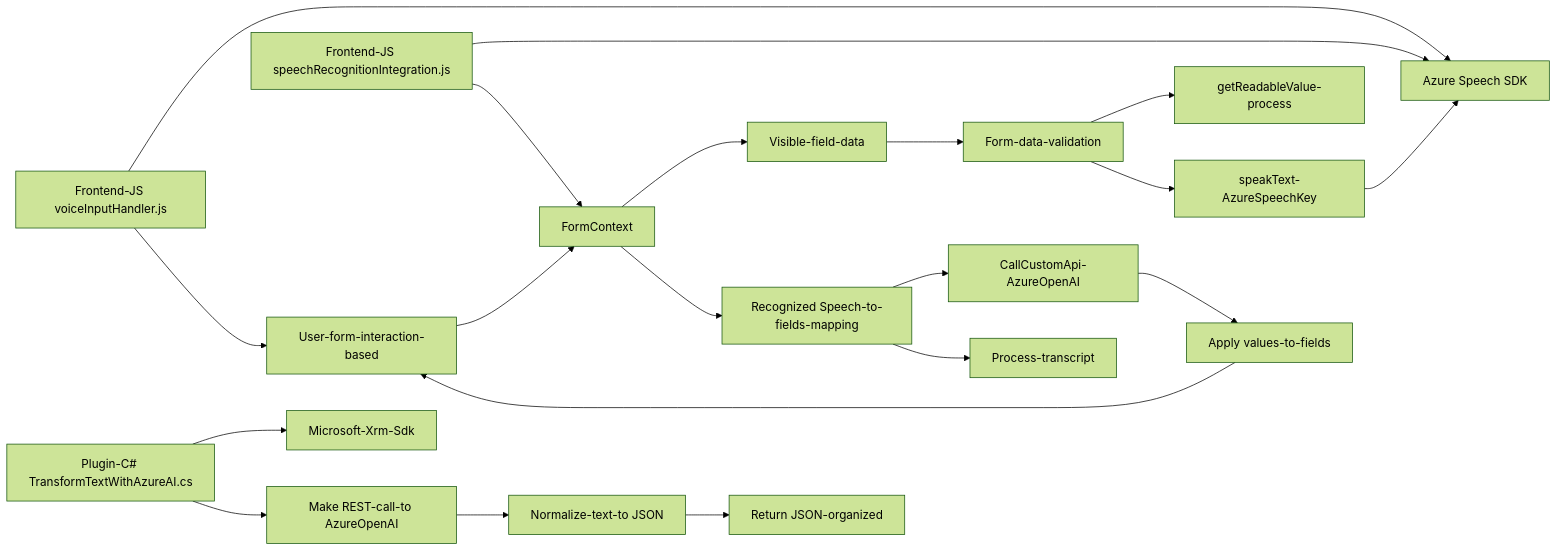
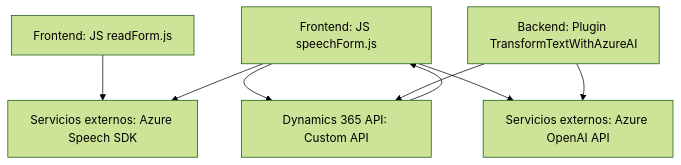
One commit to blopezdm/NETCORE_BILBAO2025 changed the diagram in README.md. Above: the diagram before and after it, drawn with Mermaid (forest theme). The commit also changed other lines of this file, not shown here.

````diff
--- a/README.md
+++ b/README.md
@@ -30,25 +30,17 @@
 ```mermaid
-graph LR
-    A["Frontend-JS voiceInputHandler.js"] --> B["Azure Speech SDK"]
-    A --> C["User-form-interaction-based"]
-    C --> D["FormContext"]
-    D --> E["Visible-field-data"]
-    E --> F["Form-data-validation"]
-    F --> G["getReadableValue-process"]
-    F --> H["speakText-AzureSpeechKey"]
-    H --> B
-
-    I["Frontend-JS speechRecognitionIntegration.js"] --> B
-    I --> D
-    D --> J["Recognized Speech-to-fields-mapping"]
-    J --> K["CallCustomApi-AzureOpenAI"]
-
-    J --> L["Process-transcript"]
-    K --> M["Apply values-to-fields"]
-    M --> C
-
-    N["Plugin-C# TransformTextWithAzureAI.cs"] --> O["Microsoft-Xrm-Sdk"]
-    N --> P["Make REST-call-to AzureOpenAI"]
-    P --> Q["Normalize-text-to JSON"]
-    Q --> R["Return JSON-organized"]
+graph TD
+    A["Frontend: JS readForm.js"]
+    B["Frontend: JS speechForm.js"]
+    C["Backend: Plugin TransformTextWithAzureAI"]
+    D["Servicios externos: Azure Speech SDK"]
+    E["Servicios externos: Azure OpenAI API"]
+    F["Dynamics 365 API: Custom API"]
+    
+    A --> D
+    B --> D
+    B --> F
+    B --> E
+    C --> E
+    C --> F
+    F --> B
 ```
````
